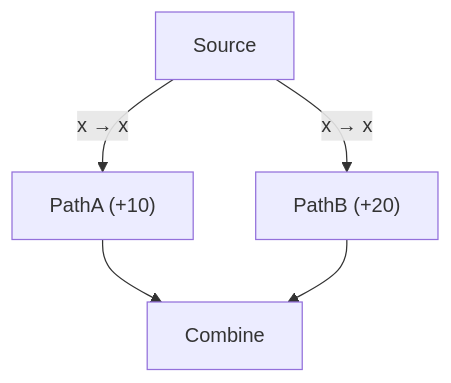
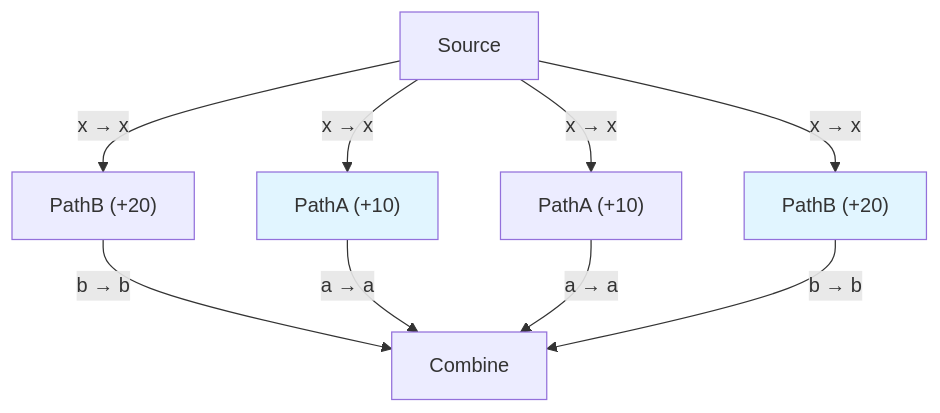
Before and after one commit to briday1/graph-sp: the third of 6 diagrams in README_PYPI.md, drawn with Mermaid. The commit also changed other lines of this file and 3 other files, not shown here.

````diff
--- a/README_PYPI.md
+++ b/README_PYPI.md
@@ -222,11 +233,19 @@
 ```mermaid
 graph TD
-    0["Source"]
-    1["PathA (+10)"]
-    2["PathB (+20)"]
-    3["Combine"]
-    0 -->|x → x| 1
-    0 -->|x → x| 2
-    1 --> 3
-    2 --> 3
+0["Source"]
+1["PathA (+10)"]
+2["PathB (+20)"]
+3["Combine"]
+4["PathA (+10)"]
+5["PathB (+20)"]
+0 -->|x → x| 1
+0 -->|x → x| 2
+5 -->|b → b| 3
+1 -->|a → a| 3
+4 -->|a → a| 3
+2 -->|b → b| 3
+0 -->|x → x| 4
+0 -->|x → x| 5
+style 1 fill:#e1f5ff
+style 2 fill:#e1f5ff
 ```
````
